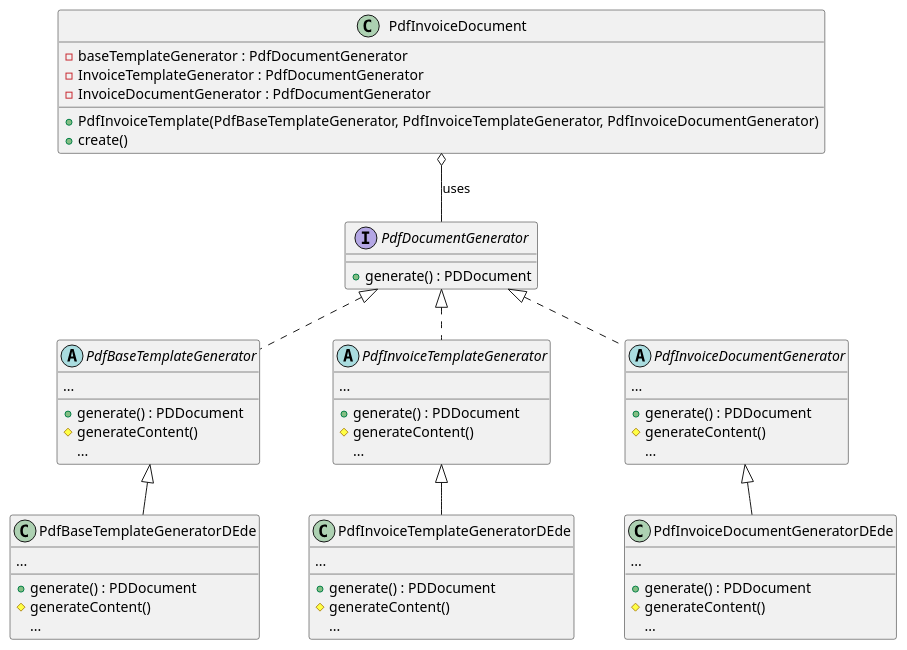
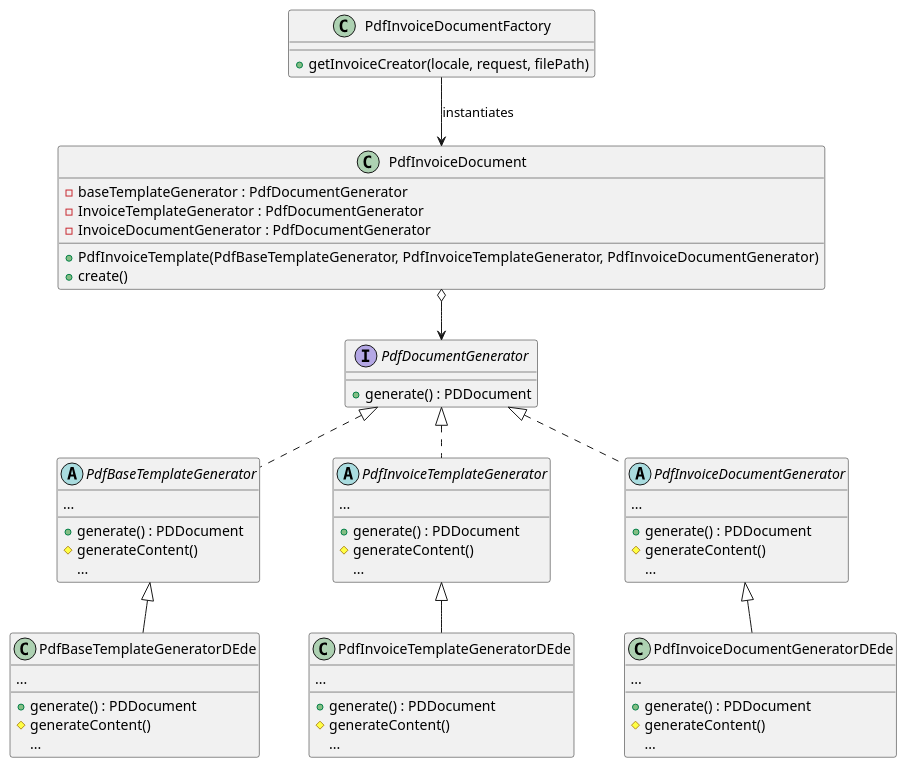
One commit to joheiss/java-pdfdoc-playground changed the diagram in src/main/java/com/jovisco/pdf/diagrams/PdfInvoiceDocument.puml. Above: the diagram before and after it, drawn with PlantUML. The commit also changed 2 other files, not shown here.

```diff
--- a/src/main/java/com/jovisco/pdf/diagrams/PdfInvoiceDocument.puml
+++ b/src/main/java/com/jovisco/pdf/diagrams/PdfInvoiceDocument.puml
@@ -1,61 +1,65 @@
 @startuml
 skinparam nodesep 50
 skinparam ranksep 50
 skinparam class {
   BackgroundColor<<interface>> #ffccff
   BackgroundColor<<abstract>> #ccccff
 }
 
+class PdfInvoiceDocumentFactory {
+    + getInvoiceCreator(locale, request, filePath)
+}
 class PdfInvoiceDocument {
     {field} - baseTemplateGenerator : PdfDocumentGenerator
     {field} - InvoiceTemplateGenerator : PdfDocumentGenerator
     {field} - InvoiceDocumentGenerator : PdfDocumentGenerator
      + PdfInvoiceTemplate(PdfBaseTemplateGenerator, PdfInvoiceTemplateGenerator, PdfInvoiceDocumentGenerator)
      + create()
 }
 
 interface PdfDocumentGenerator {
     + generate() : PDDocument
 }
 
 abstract class PdfBaseTemplateGenerator implements PdfDocumentGenerator {
     ...
     + generate() : PDDocument
     # generateContent()
     {method} ...
 }
 class PdfBaseTemplateGeneratorDEde extends PdfBaseTemplateGenerator {
     ...
     + generate() : PDDocument
     # generateContent()
     {method} ...
 }
 
 abstract class PdfInvoiceTemplateGenerator implements PdfDocumentGenerator {
     ...
     + generate() : PDDocument
     # generateContent()
     {method} ...
 }
 class PdfInvoiceTemplateGeneratorDEde extends PdfInvoiceTemplateGenerator {
     ...
     + generate() : PDDocument
     # generateContent()
     {method} ...
 }
 abstract class PdfInvoiceDocumentGenerator implements PdfDocumentGenerator {
     ...
     + generate() : PDDocument
     # generateContent()
     {method} ...
 }
 class PdfInvoiceDocumentGeneratorDEde extends PdfInvoiceDocumentGenerator {
     ...
     + generate() : PDDocument
     # generateContent()
     {method} ...
 }
 
-PdfInvoiceDocument o-- PdfDocumentGenerator : uses
+PdfInvoiceDocumentFactory -d-> PdfInvoiceDocument : instantiates
+PdfInvoiceDocument o--> PdfDocumentGenerator
 
 @enduml
```
